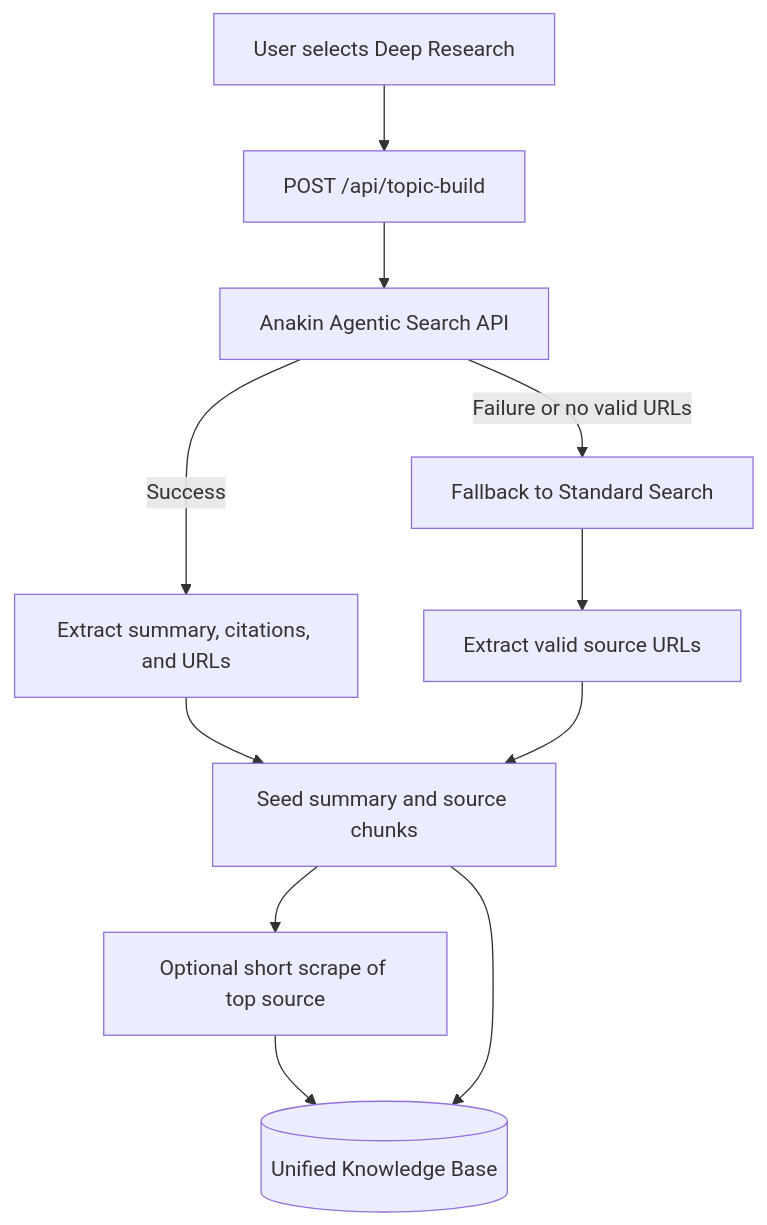
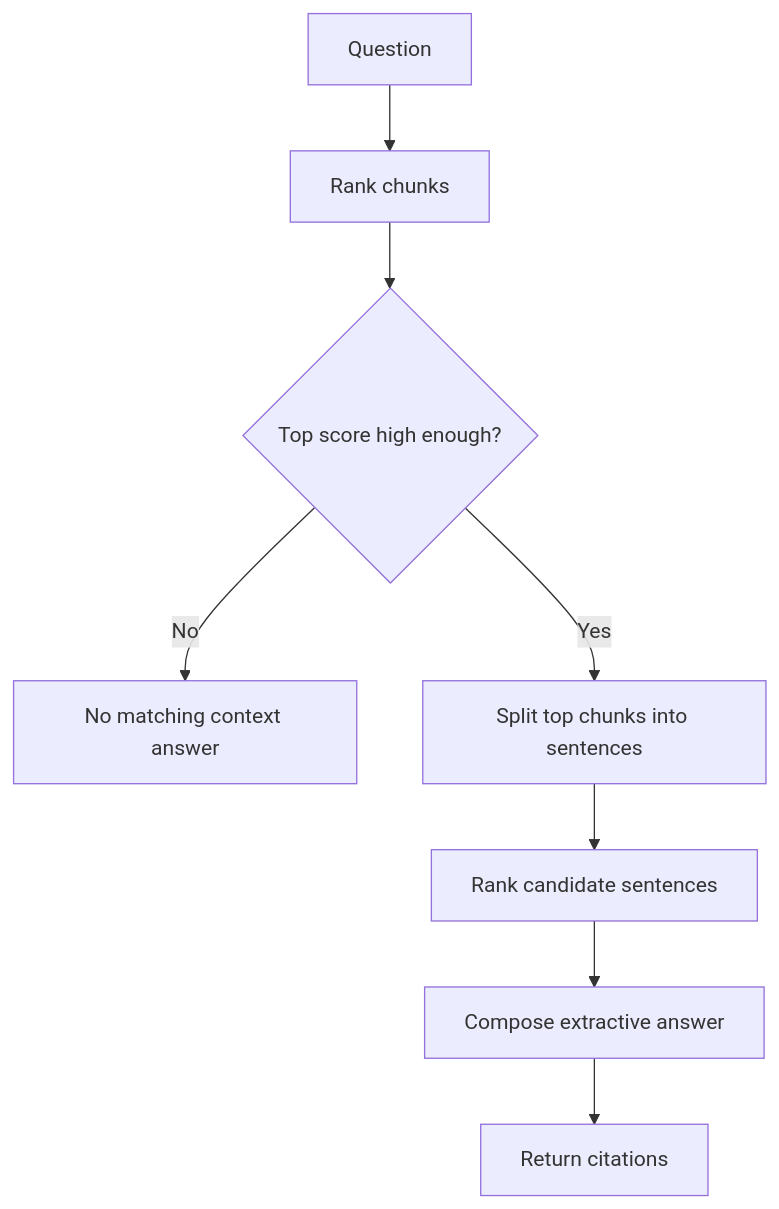
One commit to gaganakumarm/Web2Knowledge changed the fourth of 4 diagrams in docs/system-design.md. Above: the diagram before and after it, drawn with Mermaid. The commit also changed other lines of this file and 10 other files, not shown here.

````diff
--- a/docs/system-design.md
+++ b/docs/system-design.md
@@ -294,13 +348,10 @@
 ```mermaid
 flowchart TD
-  A[User selects Deep Research] --> B[POST /api/topic-build]
-  B --> C[Anakin Agentic Search API]
-  C -->|Success| D[Extract summary, citations, and URLs]
-  C -->|Failure or no valid URLs| E[Fallback to Standard Search]
-  E --> F[Extract valid source URLs]
-  D --> G[Seed summary and source chunks]
-  F --> G
-  G --> H[Optional short scrape of top source]
-  H --> I[(Unified Knowledge Base)]
-  G --> I
+  A[Question] --> B[Rank chunks]
+  B --> C{Top score high enough?}
+  C -->|No| D[No matching context answer]
+  C -->|Yes| E[Split top chunks into sentences]
+  E --> F[Rank candidate sentences]
+  F --> G[Compose extractive answer]
+  G --> H[Return citations]
 ```
````
